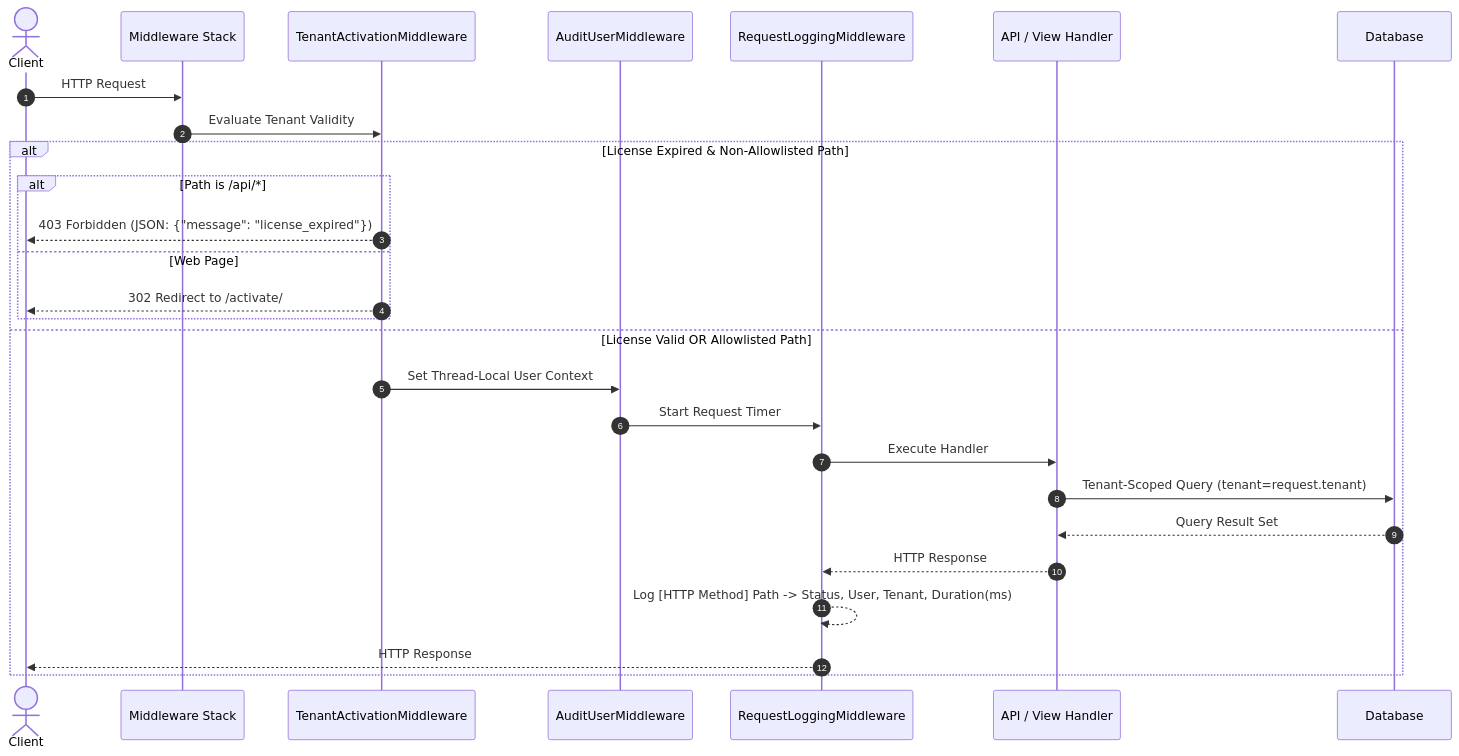
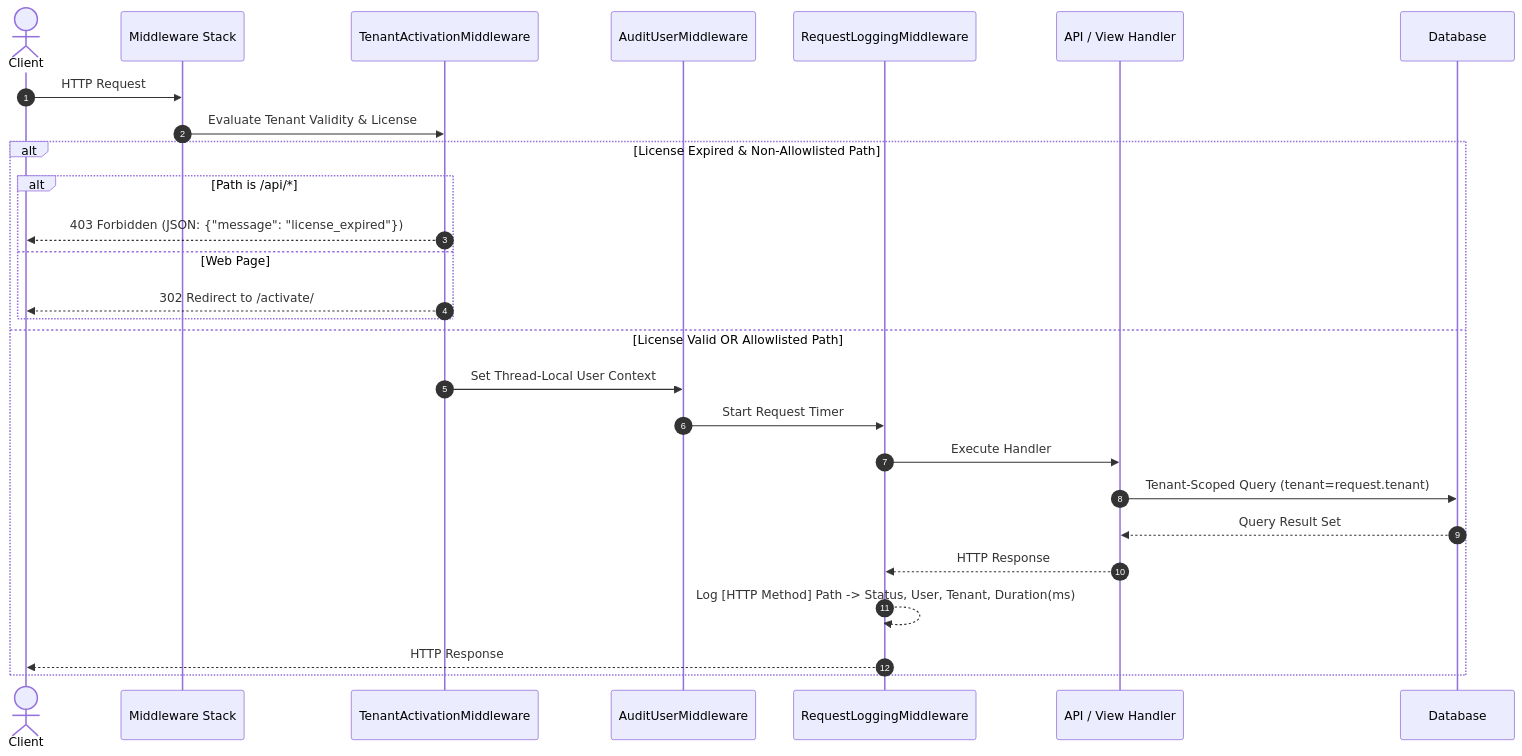
One commit to anishkumarsahu555/zivaBooks changed the third of 6 diagrams in ARCHITECTURE.md. Above: the diagram before and after it, drawn with Mermaid. The commit also changed other lines of this file and 49 other files, not shown here.

````diff
--- a/ARCHITECTURE.md
+++ b/ARCHITECTURE.md
@@ -111,30 +115,30 @@
 ```mermaid
 sequenceDiagram
     autonumber
     actor Client
     participant MW as Middleware Stack
     participant LicMW as TenantActivationMiddleware
     participant AuditMW as AuditUserMiddleware
     participant LogMW as RequestLoggingMiddleware
     participant Handler as API / View Handler
     participant DB as Database
 
     Client->>MW: HTTP Request
-    MW->>LicMW: Evaluate Tenant Validity
+    MW->>LicMW: Evaluate Tenant Validity & License
     alt License Expired & Non-Allowlisted Path
         alt Path is /api/*
             LicMW-->>Client: 403 Forbidden (JSON: {"message": "license_expired"})
         else Web Page
             LicMW-->>Client: 302 Redirect to /activate/
         end
     else License Valid OR Allowlisted Path
         LicMW->>AuditMW: Set Thread-Local User Context
         AuditMW->>LogMW: Start Request Timer
         LogMW->>Handler: Execute Handler
         Handler->>DB: Tenant-Scoped Query (tenant=request.tenant)
         DB-->>Handler: Query Result Set
         Handler-->>LogMW: HTTP Response
         LogMW-->>LogMW: Log [HTTP Method] Path -> Status, User, Tenant, Duration(ms)
         LogMW-->>Client: HTTP Response
     end
 ```
````
